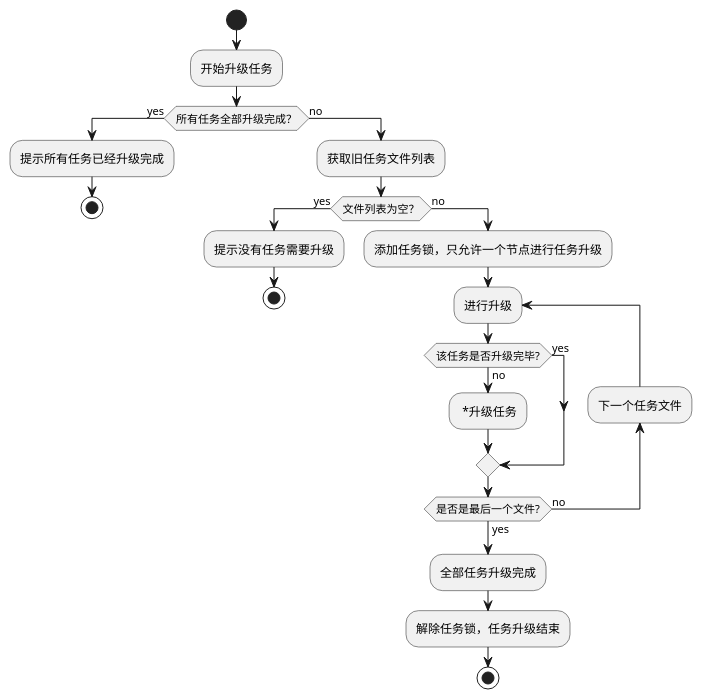
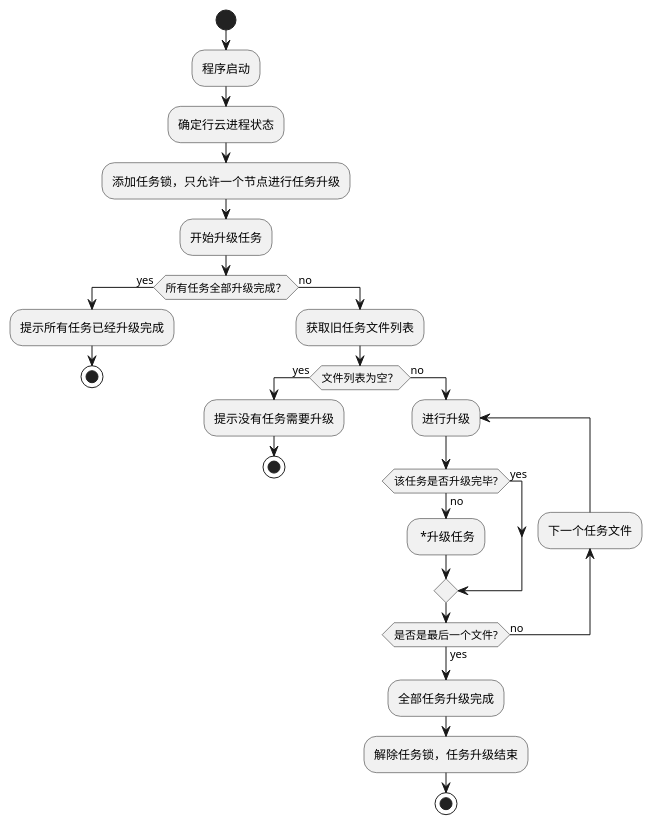
Before and after one commit to HarpsealCC/note: the fifth of 24 diagrams in 东方国信工作资料/compaction/Compaction任务升级方案.md, drawn with PlantUML. The commit also changed other lines of this file, not shown here.

````diff
--- a/东方国信工作资料/compaction/Compaction任务升级方案.md
+++ b/东方国信工作资料/compaction/Compaction任务升级方案.md
@@ -120,28 +120,30 @@
 ```plantuml
 @startuml
 
 start
+:程序启动;
+:确定行云进程状态;
+:添加任务锁，只允许一个节点进行任务升级;
 :开始升级任务;
 if(所有任务全部升级完成？) then(yes)
 :提示所有任务已经升级完成;
 stop
 else (no)
     :获取旧任务文件列表;
     if(文件列表为空？) then (yes)
     :提示没有任务需要升级;
     stop
     else (no)
-        :添加任务锁，只允许一个节点进行任务升级;
         repeat:进行升级 
             if (该任务是否升级完毕?) then (yes)
             else (no)
                 : *升级任务;
             endif
             backward:下一个任务文件;
         repeat while (是否是最后一个文件?)is(no) not(yes)
     :全部任务升级完成;
     :解除任务锁，任务升级结束;
     stop
 
 @enduml
 ```
````
